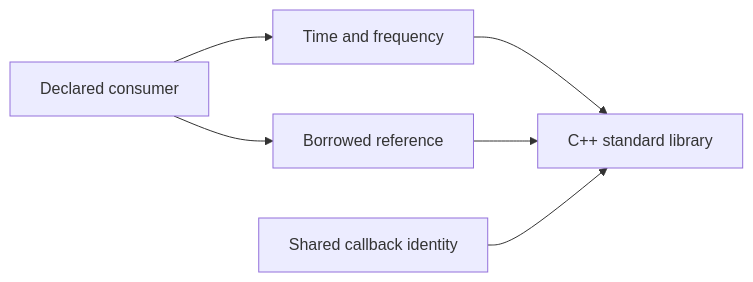
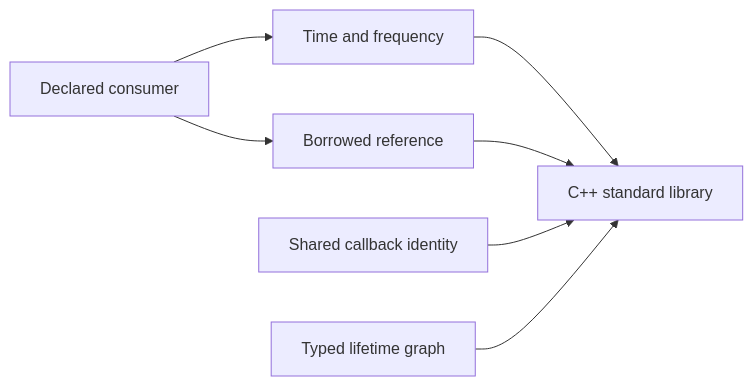
The diagram in src/foundation/README.md (Vokerlee/wiola-player), drawn with Mermaid before and after one commit. The commit also changed other lines of this file and 25 other files, not shown here.

````diff
--- a/src/foundation/README.md
+++ b/src/foundation/README.md
@@ -5,8 +5,9 @@
 ```mermaid
 flowchart LR
   Consumer[Declared consumer] --> Borrowed[Borrowed reference]
   Consumer --> Quantities[Time and frequency]
   Quantities --> Standard[C++ standard library]
   Borrowed --> Standard[C++ standard library]
   Callback[Shared callback identity] --> Standard
+  Lifetime[Typed lifetime graph] --> Standard
 ```
````
